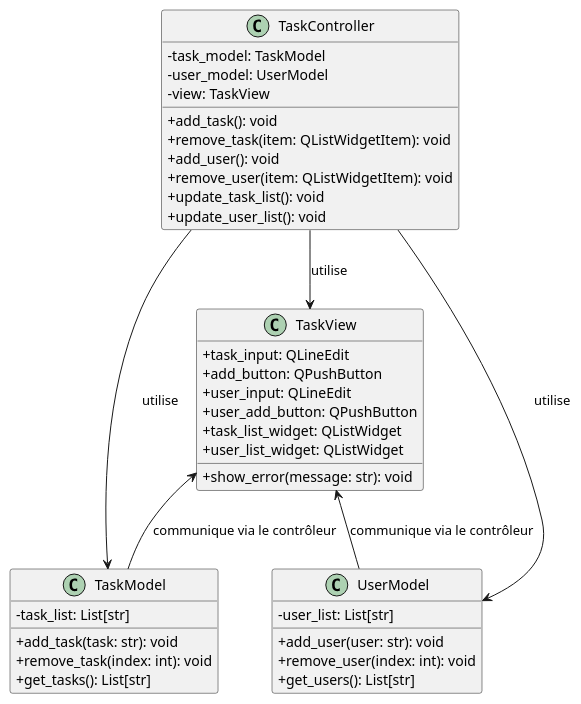
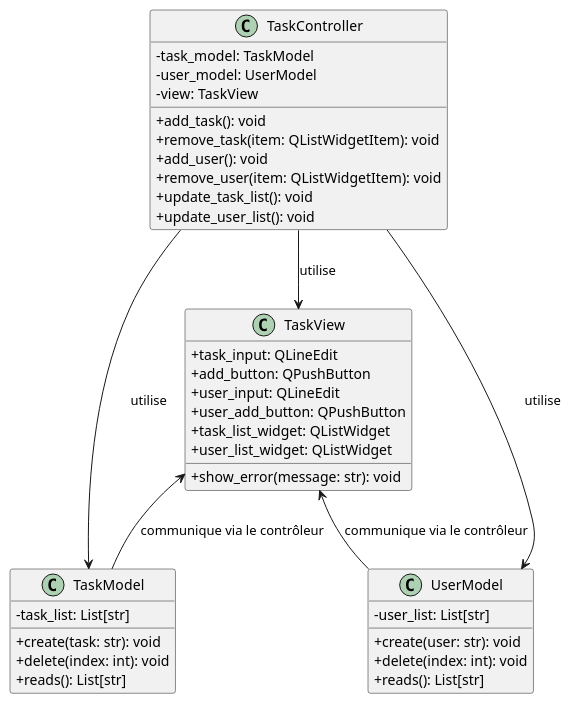
The diagram in classDiag.wsd (ETM44/extended-exemple---pattern-mvc), drawn with PlantUML before and after one commit.

```diff
--- a/classDiag.wsd
+++ b/classDiag.wsd
@@ -1,47 +1,47 @@
 @startuml
 skinparam classAttributeIconSize 0
 
 ' Définition des classes
 class TaskModel {
   - task_list: List[str]
-  + add_task(task: str): void
-  + remove_task(index: int): void
-  + get_tasks(): List[str]
+  + create(task: str): void
+  + delete(index: int): void
+  + reads(): List[str]
 }
 
 class UserModel {
   - user_list: List[str]
-  + add_user(user: str): void
-  + remove_user(index: int): void
-  + get_users(): List[str]
+  + create(user: str): void
+  + delete(index: int): void
+  + reads(): List[str]
 }
 
 class TaskView {
   + task_input: QLineEdit
   + add_button: QPushButton
   + user_input: QLineEdit
   + user_add_button: QPushButton
   + task_list_widget: QListWidget
   + user_list_widget: QListWidget
   + show_error(message: str): void
 }
 
 class TaskController {
   - task_model: TaskModel
   - user_model: UserModel
   - view: TaskView
   + add_task(): void
   + remove_task(item: QListWidgetItem): void
   + add_user(): void
   + remove_user(item: QListWidgetItem): void
   + update_task_list(): void
   + update_user_list(): void
 }
 
 ' Relations entre les classes
 TaskController --> TaskModel : utilise
 TaskController --> UserModel : utilise
 TaskController --> TaskView : utilise
 TaskView <-- TaskModel : communique via le contrôleur
 TaskView <-- UserModel : communique via le contrôleur
 @enduml
```
